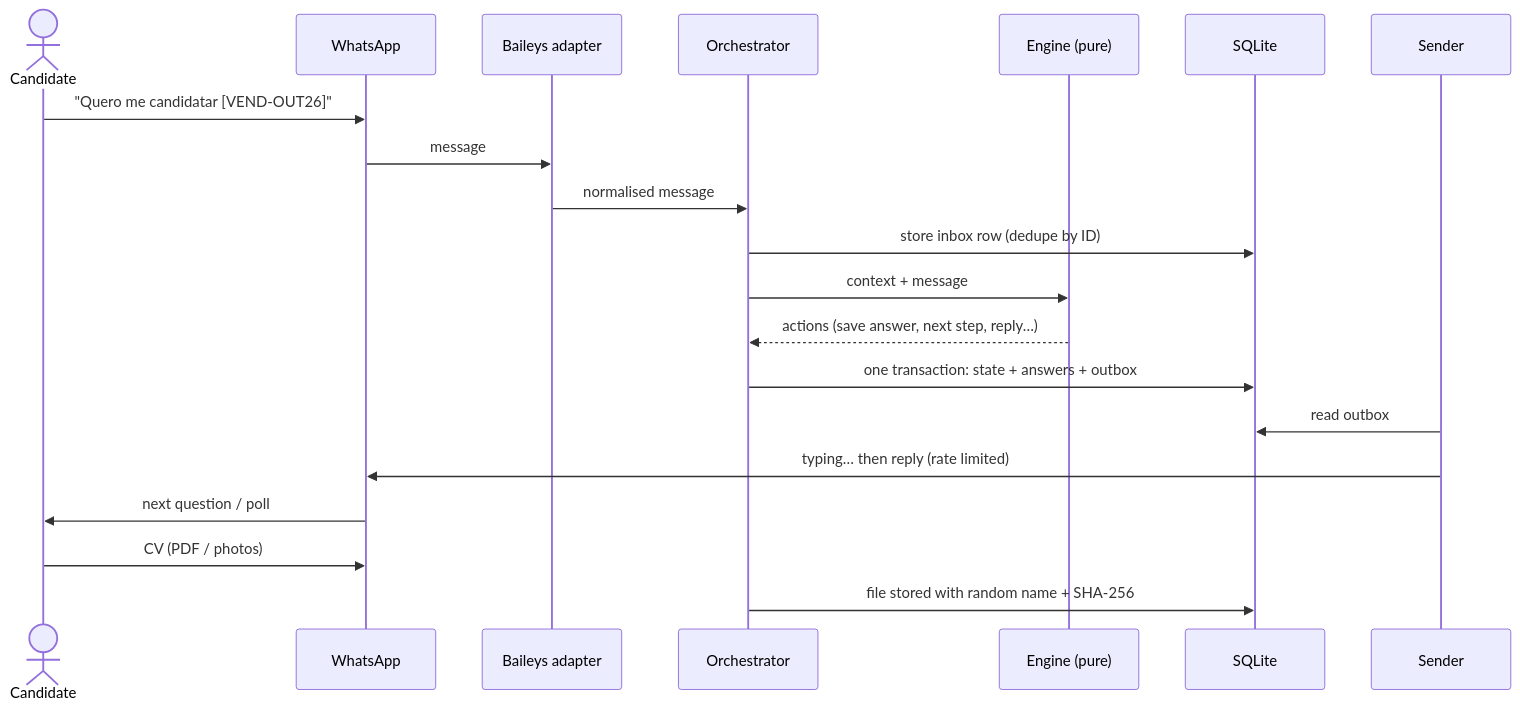
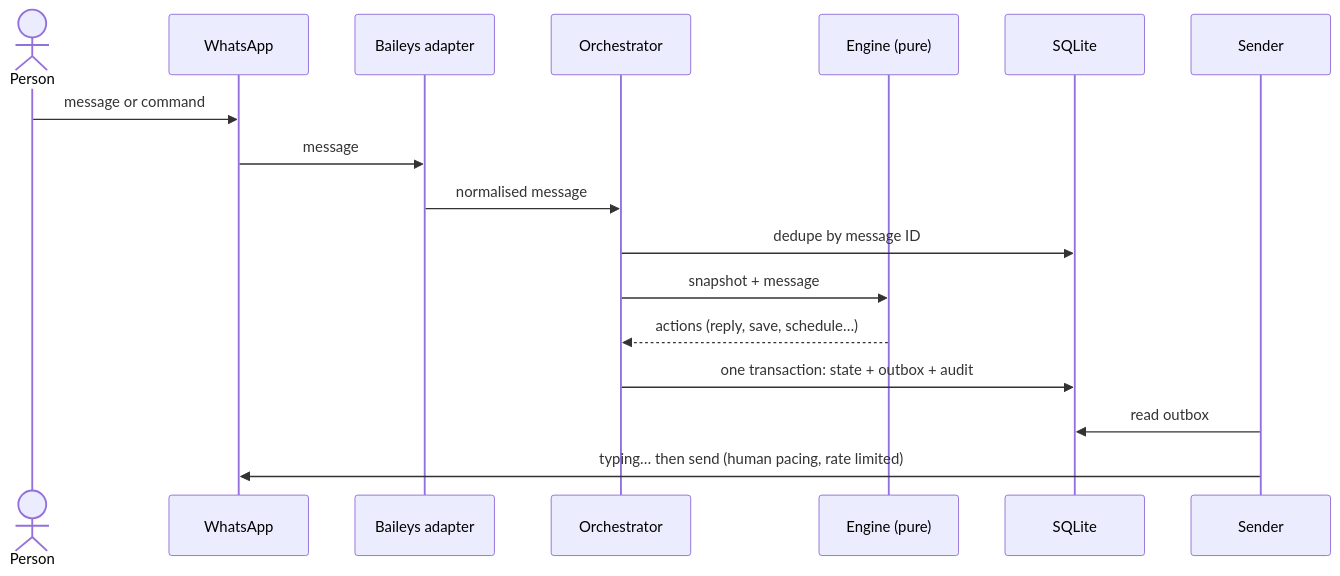
Before and after one commit to GustavoHuds/Ttalk_bot_manager: the diagram in README.md, drawn with Mermaid. The commit also changed other lines of this file and 63 other files, not shown here.

````diff
--- a/README.md
+++ b/README.md
@@ -71,23 +106,20 @@
 ```mermaid
 sequenceDiagram
-    actor C as Candidate
+    actor P as Person
     participant W as WhatsApp
     participant A as Baileys adapter
     participant O as Orchestrator
     participant M as Engine (pure)
     participant DB as SQLite
     participant S as Sender
 
-    C->>W: "Quero me candidatar [VEND-OUT26]"
+    P->>W: message or command
     W->>A: message
     A->>O: normalised message
-    O->>DB: store inbox row (dedupe by ID)
-    O->>M: context + message
-    M-->>O: actions (save answer, next step, reply…)
-    O->>DB: one transaction: state + answers + outbox
+    O->>DB: dedupe by message ID
+    O->>M: snapshot + message
+    M-->>O: actions (reply, save, schedule…)
+    O->>DB: one transaction: state + outbox + audit
     S->>DB: read outbox
-    S->>W: typing… then reply (rate limited)
-    W->>C: next question / poll
-    C->>W: CV (PDF / photos)
-    O->>DB: file stored with random name + SHA-256
+    S->>W: typing… then send (human pacing, rate limited)
 ```
````
